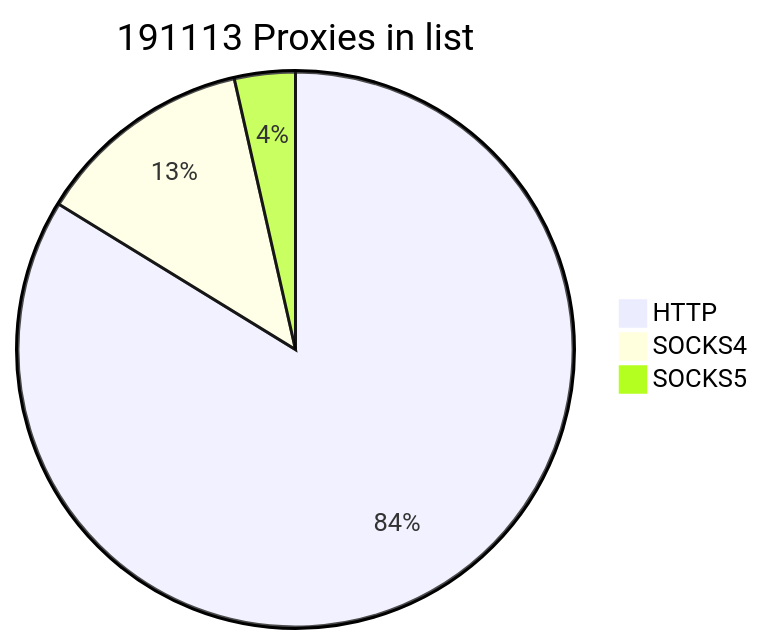
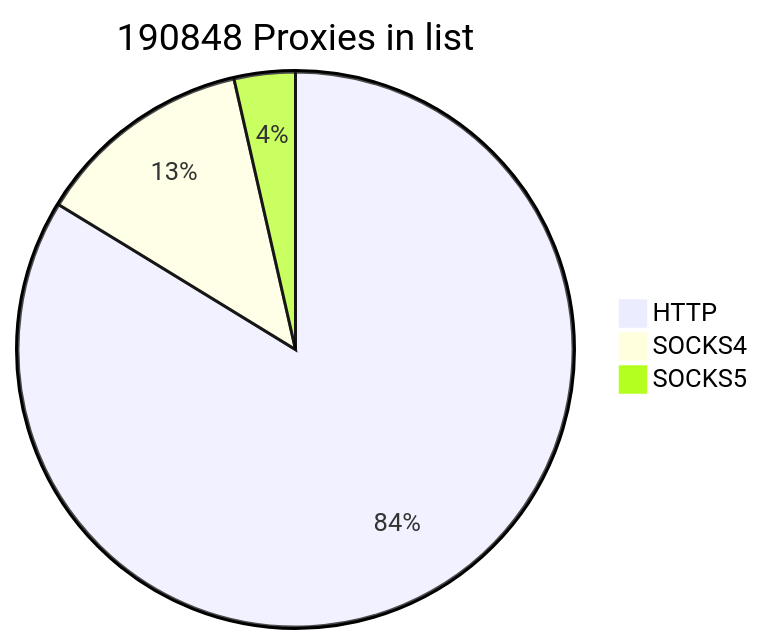
One commit to cutipu/proxylist changed the first of 2 diagrams in README.md. Above: the diagram before and after it, drawn with Mermaid. The commit also changed other lines of this file, not shown here.

````diff
--- a/README.md
+++ b/README.md
@@ -2,7 +2,7 @@
 ```mermaid
-pie title 191113 Proxies in list
-    "HTTP" : 160082
-    "SOCKS4" : 24266
-    "SOCKS5" : 6765
+pie title 190848 Proxies in list
+    "HTTP" : 159816
+    "SOCKS4" : 24238
+    "SOCKS5" : 6794
             
 ```
````
